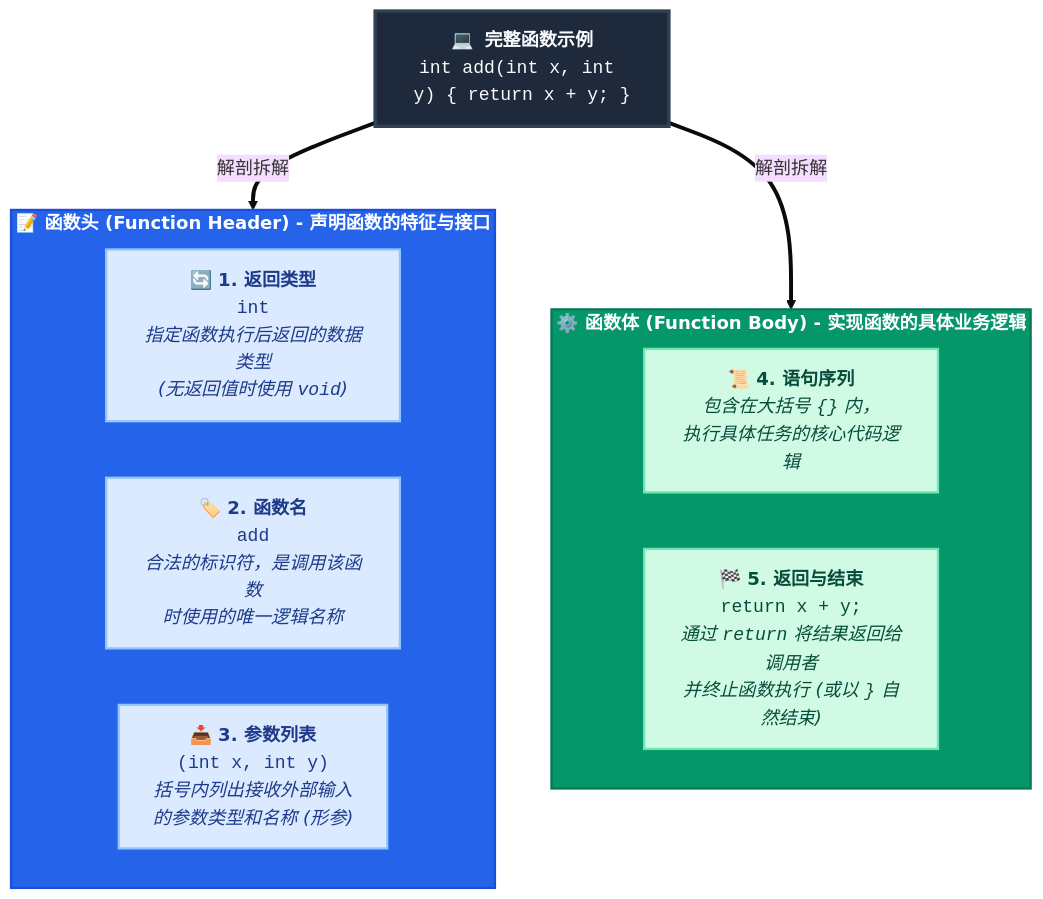
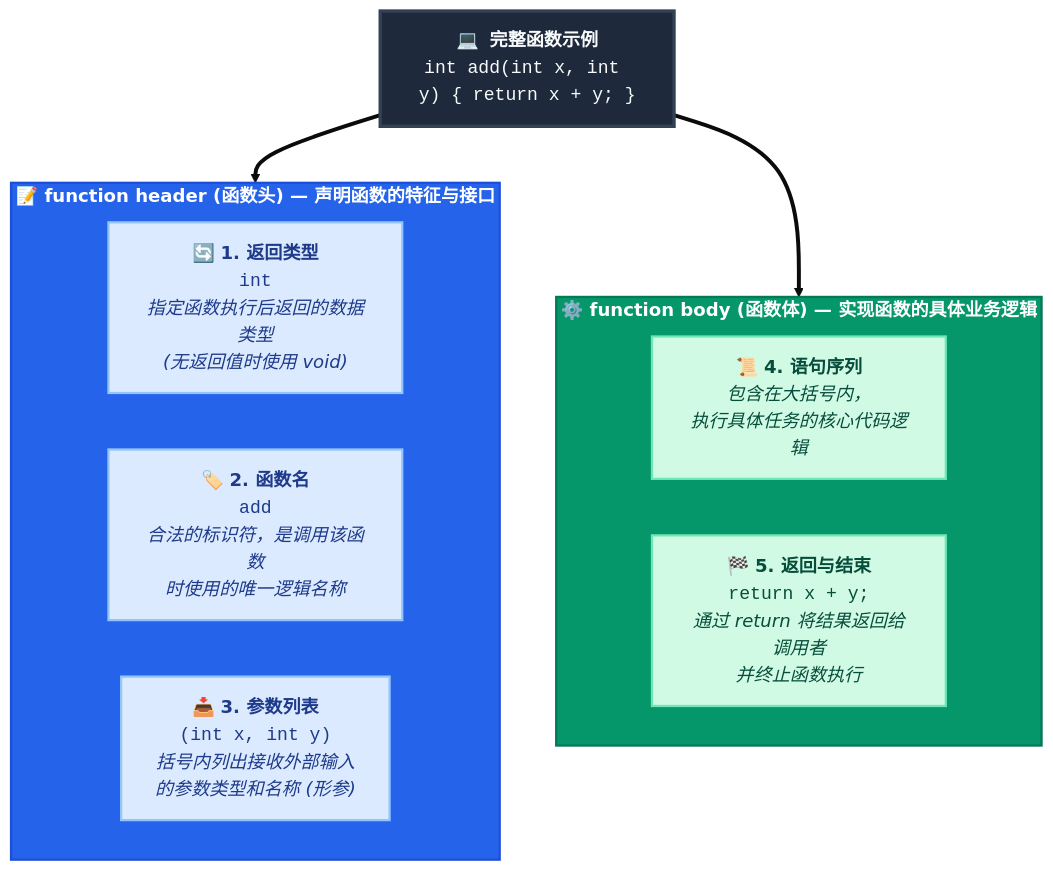
Before and after one commit to dmjcb/dmjcb.github.io: the first of 4 diagrams in _posts/c_c++/2024-12-23-function.md, drawn with Mermaid (base theme). The commit also changed other lines of this file and 8 other files, not shown here.

````diff
--- a/_posts/c_c++/2024-12-23-function.md
+++ b/_posts/c_c++/2024-12-23-function.md
@@ -38,41 +38,40 @@
 ```mermaid
 flowchart TD
-    %% 样式定义 (延续前文色彩体系)
+    %% 样式定义 (兼容 Mermaid v11.4.0)
     classDef codeBlock fill:#1e293b,stroke:#334155,stroke-width:3px,color:#f8fafc,font-family:monospace,font-size:16px;
-    
+
     classDef headerMain fill:#2563eb,stroke:#1d4ed8,stroke-width:2px,color:#ffffff,font-weight:bold,font-size:16px;
     classDef bodyMain fill:#059669,stroke:#047857,stroke-width:2px,color:#ffffff,font-weight:bold,font-size:16px;
-    
+
     classDef headerSub fill:#dbeafe,stroke:#93c5fd,stroke-width:2px,color:#1e3a8a;
     classDef bodySub fill:#d1fae5,stroke:#6ee7b7,stroke-width:2px,color:#064e3b;
 
     %% 顶部代码示例
-    Code["💻 <b>完整函数示例</b><br/><code>int add(int x, int y) { return x + y; }</code>"]
+    Code["💻 <b>完整函数示例</b><br><code>int add(int x, int y) { return x + y; }</code>"]
 
     %% 函数头部分
-    subgraph Header ["📝 函数头 (Function Header) - 声明函数的特征与接口"]
+    subgraph Header ["📝 function header (函数头) — 声明函数的特征与接口"]
         direction LR
-        H1["🔄 <b>1. 返回类型</b><br/><code>int</code><br/><i>指定函数执行后返回的数据类型<br/>(无返回值时使用 <code>void</code>)</i>"]
-        H2["🏷️ <b>2. 函数名</b><br/><code>add</code><br/><i>合法的标识符，是调用该函数<br/>时使用的唯一逻辑名称</i>"]
-        H3["📥 <b>3. 参数列表</b><br/><code>(int x, int y)</code><br/><i>括号内列出接收外部输入<br/>的参数类型和名称 (形参)</i>"]
+        H1["🔄 <b>1. 返回类型</b><br><code>int</code><br><i>指定函数执行后返回的数据类型<br>(无返回值时使用 void)</i>"]
+        H2["🏷️ <b>2. 函数名</b><br><code>add</code><br><i>合法的标识符，是调用该函数<br>时使用的唯一逻辑名称</i>"]
+        H3["📥 <b>3. 参数列表</b><br><code>(int x, int y)</code><br><i>括号内列出接收外部输入<br>的参数类型和名称 (形参)</i>"]
     end
 
     %% 函数体部分
-    subgraph Body ["⚙️ 函数体 (Function Body) - 实现函数的具体业务逻辑"]
+    subgraph Body ["⚙️ function body (函数体) — 实现函数的具体业务逻辑"]
         direction LR
-        B1["📜 <b>4. 语句序列</b><br/><i>包含在大括号 <code>{}</code> 内，<br/>执行具体任务的核心代码逻辑</i>"]
-        B2["🏁 <b>5. 返回与结束</b><br/><code>return x + y;</code><br/><i>通过 <code>return</code> 将结果返回给调用者<br/>并终止函数执行 (或以 <code>}</code> 自然结束)</i>"]
+        B1["📜 <b>4. 语句序列</b><br><i>包含在大括号内，<br>执行具体任务的核心代码逻辑</i>"]
+        B2["🏁 <b>5. 返回与结束</b><br><code>return x + y;</code><br><i>通过 return 将结果返回给调用者<br>并终止函数执行</i>"]
     end
 
     %% 连线关系
-    Code ==>|"解剖拆解"| Header
-    Code ==>|"解剖拆解"| Body
-    
+    Code ==> Header
+    Code ==> Body
+
     %% 应用样式
     class Code codeBlock;
     class Header headerMain;
     class Body bodyMain;
     class H1,H2,H3 headerSub;
     class B1,B2 bodySub;
-
 ```
````
